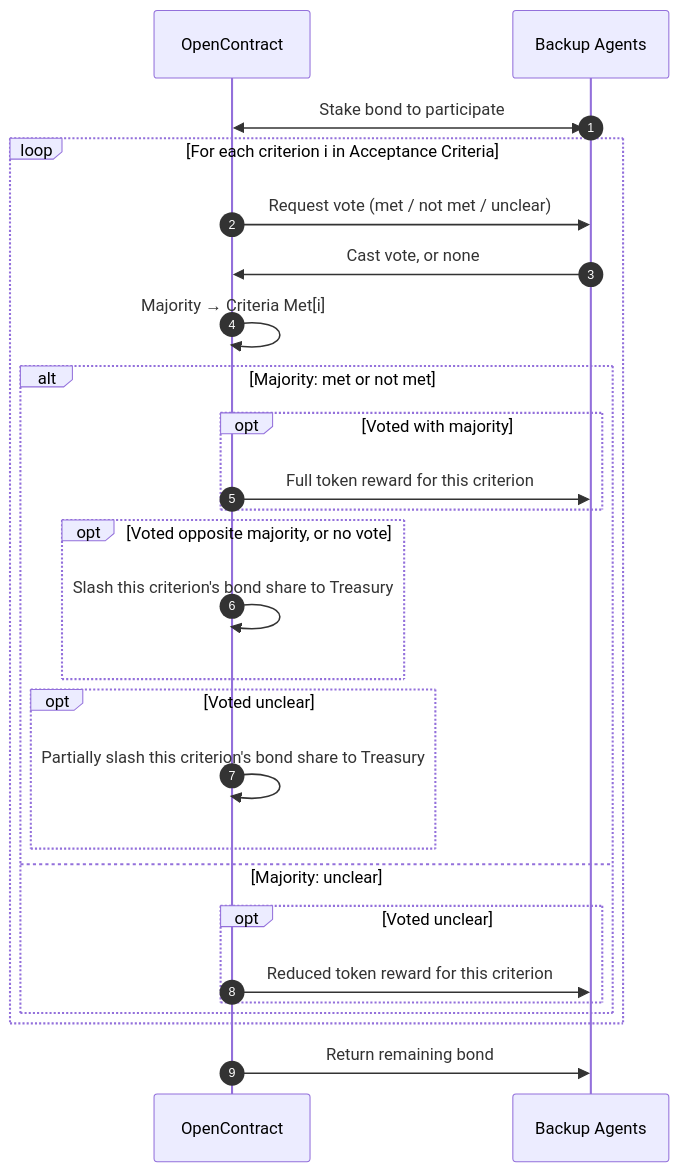
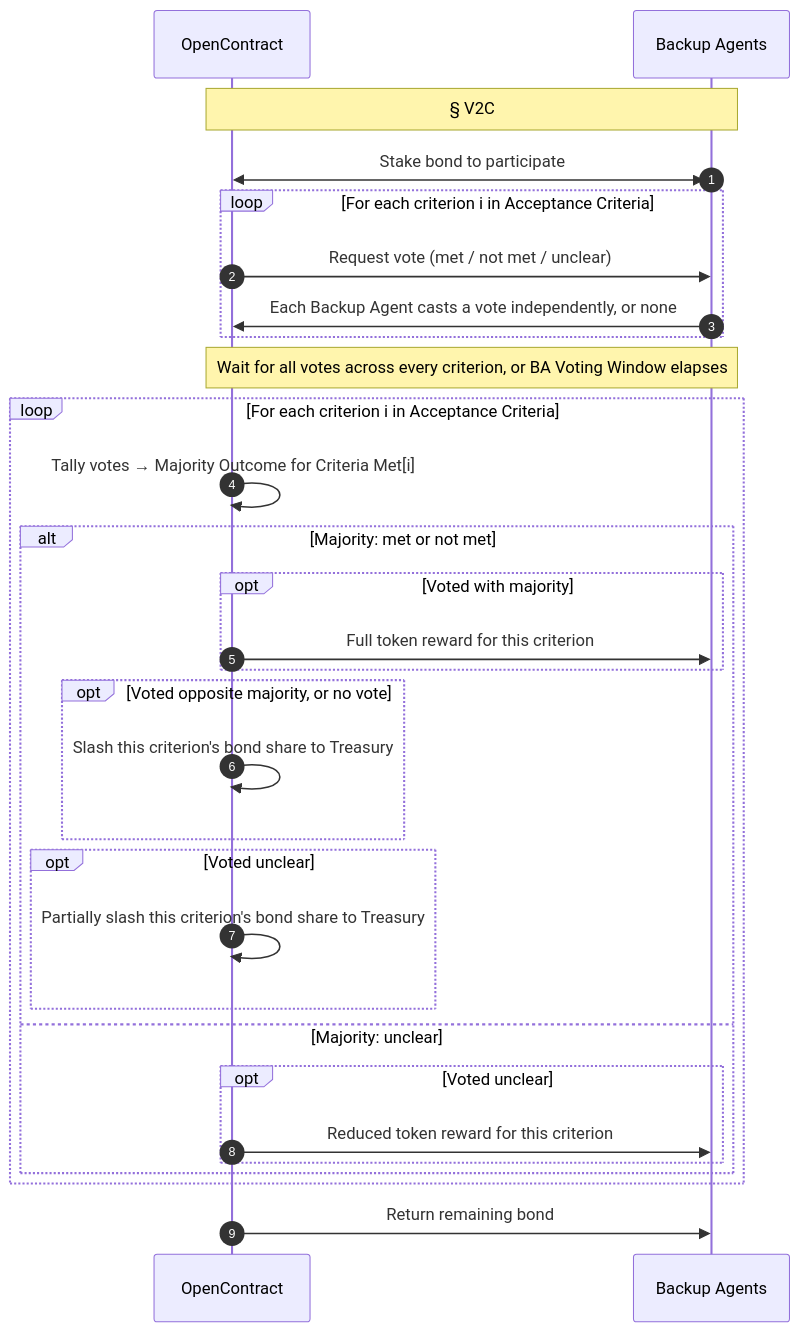
One commit to ronming1303/open-contract changed the diagram in docs/core-concepts/consensus.mdx. Above: the diagram before and after it, drawn with Mermaid. The commit also changed other lines of this file and 2 other files, not shown here.

Commit message:
Reorganize Contract Lifecycle by phase and fix V2C voting sequencing
Restructure working_contracts.mdx's lifecycle diagram into Matching/
Working/Verification/Settlement sections so Working and Settlement are
defined once and shared across all contract type combinations, with
Matching and Verification broken out per combination (FDP so far).

Also fix two correctness gaps in the V2C voting model: Backup Agents
recruited mid-dispute now visibly stake their bond before voting, and
the V2C loop now collects all votes per criterion before tallying
majority, gated on a re-added BA Voting Window protocol parameter,
instead of tallying right after a single vote arrow.

````diff
--- a/docs/core-concepts/consensus.mdx
+++ b/docs/core-concepts/consensus.mdx
@@ -36,31 +36,37 @@
 ```mermaid
 sequenceDiagram
     autonumber
     participant OC as OpenContract
     participant BA as Backup Agents
 
+    Note over OC,BA: § V2C
     BA<<->>OC: Stake bond to participate
 
     loop For each criterion i in Acceptance Criteria
         OC->>BA: Request vote (met / not met / unclear)
-        BA->>OC: Cast vote, or none
-        OC->>OC: Majority → Criteria Met[i]
+        BA->>OC: Each Backup Agent casts a vote independently, or none
+    end
+
+    Note over OC,BA: Wait for all votes across every criterion, or BA Voting Window elapses
+
+    loop For each criterion i in Acceptance Criteria
+        OC->>OC: Tally votes → Majority Outcome for Criteria Met[i]
         alt Majority: met or not met
             opt Voted with majority
                 OC->>BA: Full token reward for this criterion
             end
             opt Voted opposite majority, or no vote
                 OC->>OC: Slash this criterion's bond share to Treasury
             end
             opt Voted unclear
                 OC->>OC: Partially slash this criterion's bond share to Treasury
             end
         else Majority: unclear
             opt Voted unclear
                 OC->>BA: Reduced token reward for this criterion
             end
         end
     end
 
     OC->>BA: Return remaining bond
 ```
````
